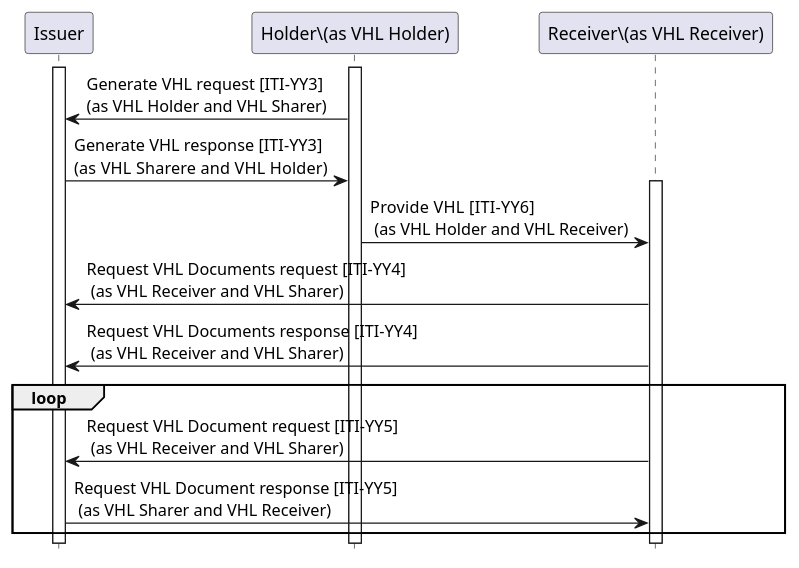
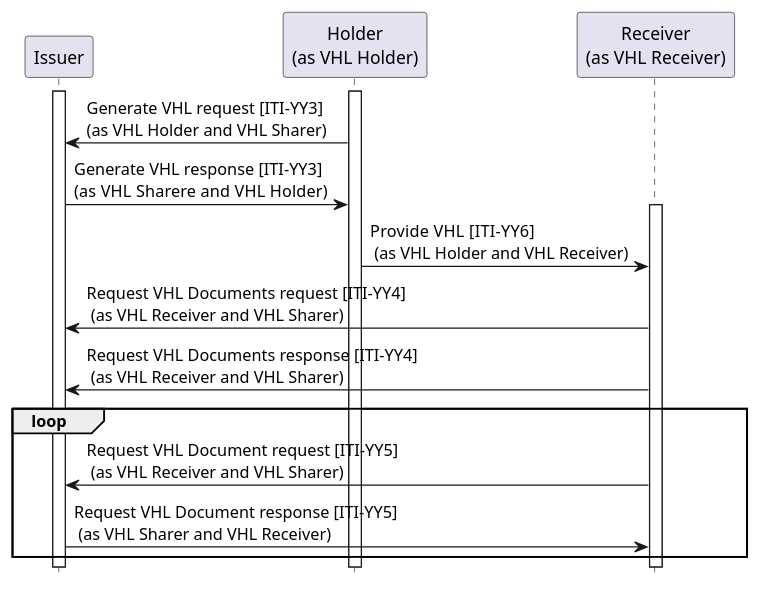
One commit to litlfred/smart-trust-phw changed the diagram in input/images-source/generate-use-vhl.plantuml. Above: the diagram before and after it, drawn with PlantUML. The commit also changed 1 other file, not shown here.

Commit message:
diagram updates

```diff
--- a/input/images-source/generate-use-vhl.plantuml
+++ b/input/images-source/generate-use-vhl.plantuml
@@ -1,26 +1,26 @@
 @startuml
 skinparam svgDimensionStyle false
 hide footbox
 participant "Issuer" as Issuer
-participant "Holder\(as VHL Holder)" as Holder 
-participant "Receiver\(as VHL Receiver)" as Receiver
+participant "Holder\n(as VHL Holder)" as Holder 
+participant "Receiver\n(as VHL Receiver)" as Receiver
 
 activate Holder
 activate Issuer
 
 
 		
 
 Holder -> Issuer : Generate VHL request [ITI-YY3] \n(as VHL Holder and VHL Sharer)
 Issuer -> Holder : Generate VHL response [ITI-YY3] \n(as  VHL Sharere and VHL Holder)
 
 activate Receiver
 Holder -> Receiver : Provide VHL  [ITI-YY6]\n (as VHL Holder and VHL Receiver)
 Receiver -> Issuer : Request VHL Documents request [ITI-YY4]\n (as VHL Receiver and VHL Sharer)
 Receiver -> Issuer : Request VHL Documents response [ITI-YY4]\n (as VHL Receiver and VHL Sharer)
 loop
  Receiver -> Issuer : Request VHL Document request [ITI-YY5]\n (as VHL Receiver and VHL Sharer)
  Issuer -> Receiver : Request VHL Document response [ITI-YY5]\n (as VHL Sharer and VHL Receiver)
 end loop
 
 @enduml
```
